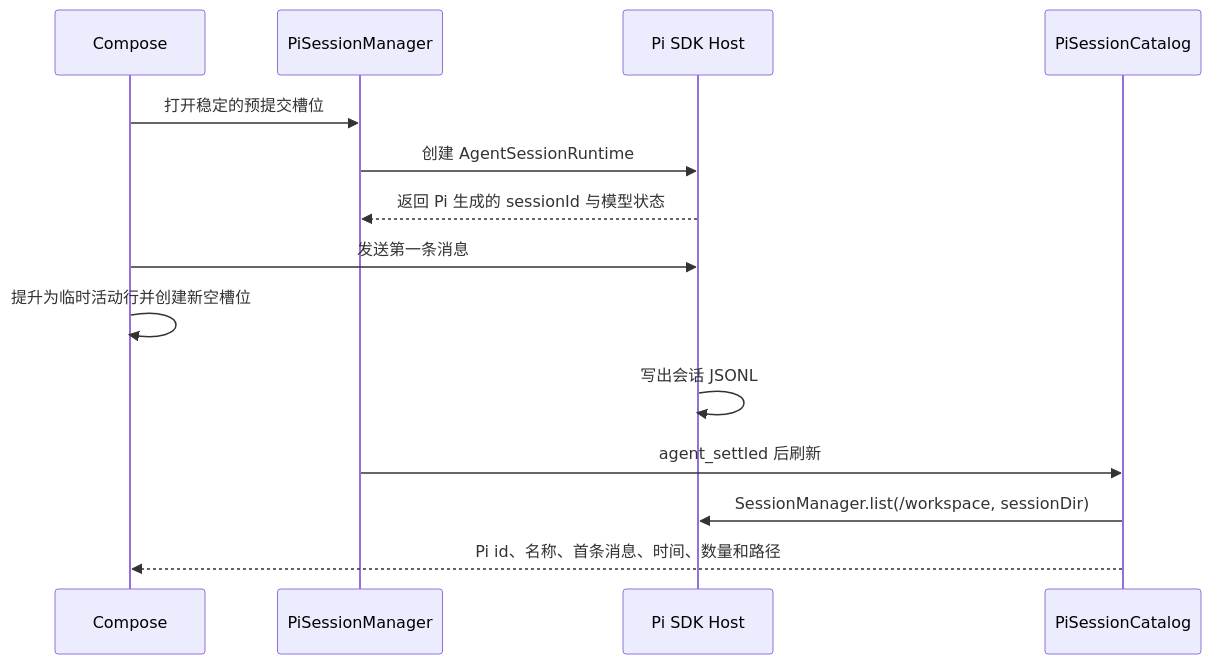
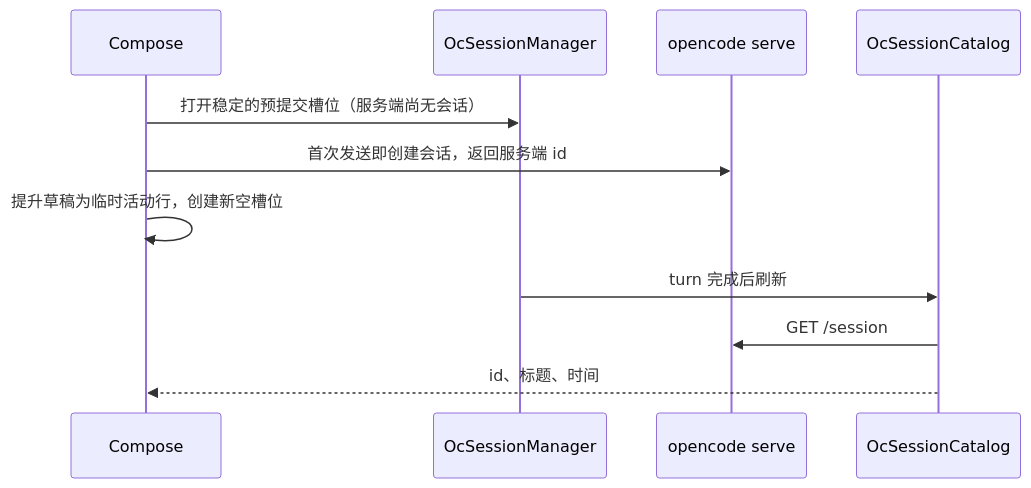
One commit to lizereride90/PIRT-OPENCODE changed the second of 3 diagrams in docs/architecture.zh-CN.md. Above: the diagram before and after it, drawn with Mermaid. The commit also changed other lines of this file and 42 other files, not shown here.

````diff
--- a/docs/architecture.zh-CN.md
+++ b/docs/architecture.zh-CN.md
@@ -45,16 +43,13 @@
 ```mermaid
 sequenceDiagram
     participant UI as Compose
-    participant M as PiSessionManager
-    participant P as Pi SDK Host
-    participant C as PiSessionCatalog
-    UI->>M: 打开稳定的预提交槽位
-    M->>P: 创建 AgentSessionRuntime
-    P-->>M: 返回 Pi 生成的 sessionId 与模型状态
-    UI->>P: 发送第一条消息
-    UI->>UI: 提升为临时活动行并创建新空槽位
-    P->>P: 写出会话 JSONL
-    M->>C: agent_settled 后刷新
-    C->>P: SessionManager.list(/workspace, sessionDir)
-    C-->>UI: Pi id、名称、首条消息、时间、数量和路径
+    participant M as OcSessionManager
+    participant P as opencode serve
+    participant C as OcSessionCatalog
+    UI->>M: 打开稳定的预提交槽位（服务端尚无会话）
+    UI->>P: 首次发送即创建会话，返回服务端 id
+    UI->>UI: 提升草稿为临时活动行，创建新空槽位
+    M->>C: turn 完成后刷新
+    C->>P: GET /session
+    C-->>UI: id、标题、时间
 ```
````
